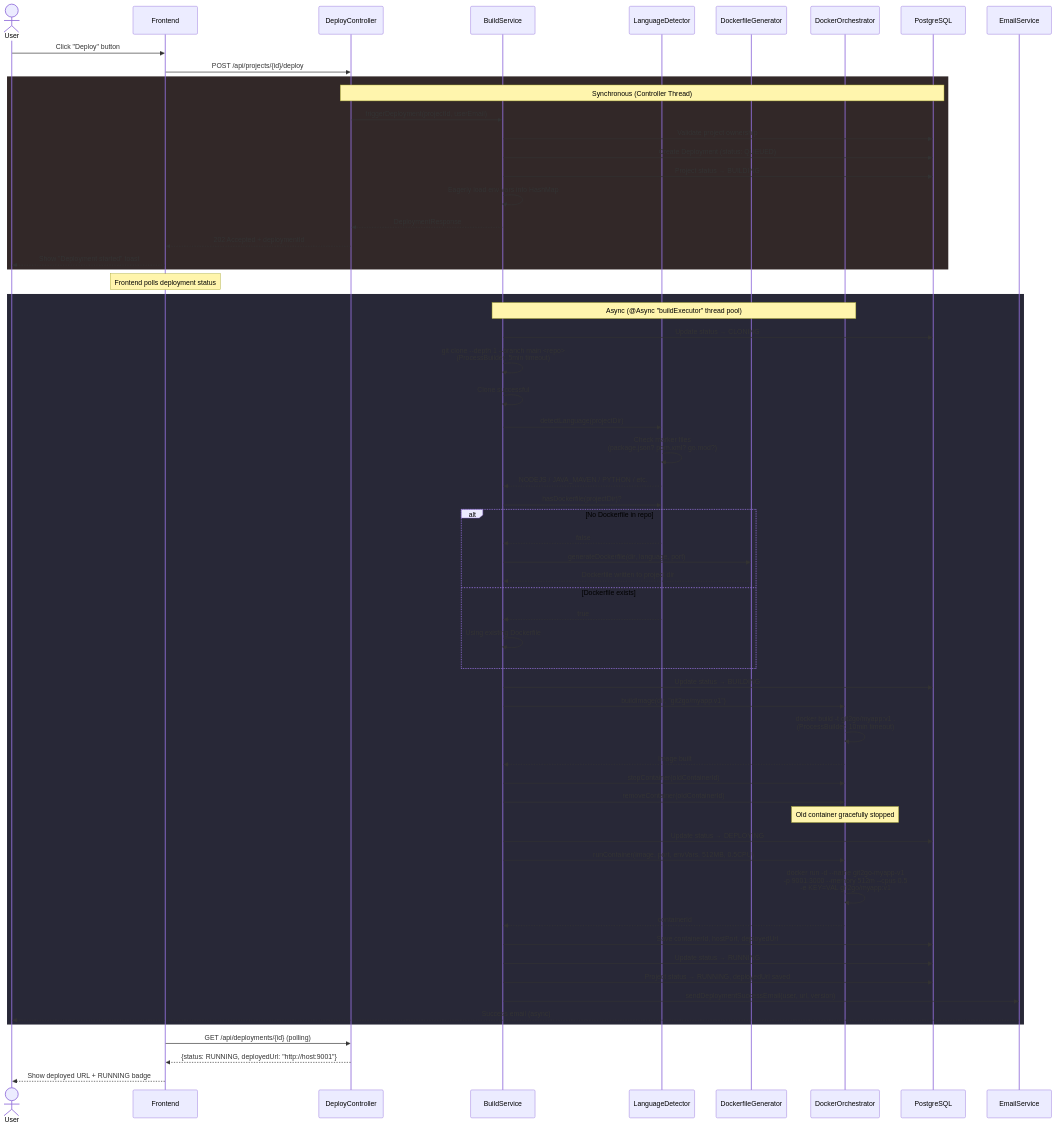
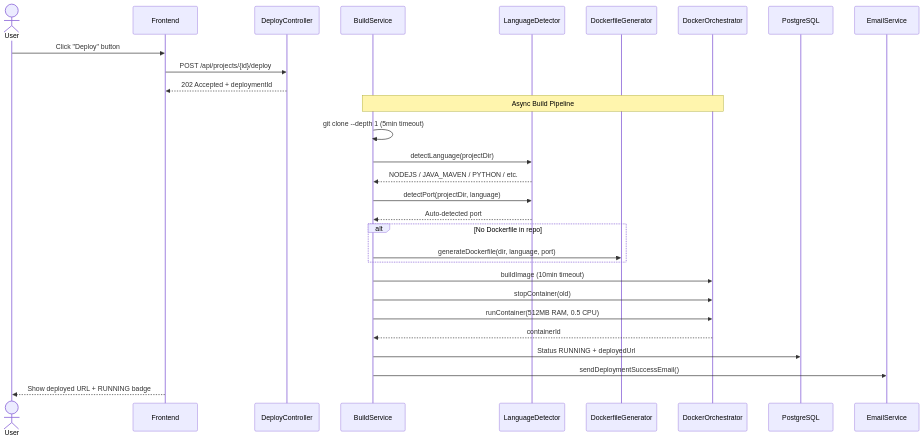
The third of 4 diagrams in README.md (Manish0085/Git-To-Go), drawn with Mermaid before and after one commit. The commit also changed other lines of this file and 5 other files, not shown here.

````diff
--- a/README.md
+++ b/README.md
@@ -167,75 +223,37 @@
 ```mermaid
 sequenceDiagram
     actor User
     participant Frontend
     participant DeployController
     participant BuildService
     participant LangDetector as LanguageDetector
     participant DockerfileGen as DockerfileGenerator
     participant Docker as DockerOrchestrator
     participant DB as PostgreSQL
     participant Email as EmailService
 
     User->>Frontend: Click "Deploy" button
     Frontend->>DeployController: POST /api/projects/{id}/deploy
+    DeployController-->>Frontend: 202 Accepted + deploymentId
 
-    rect rgb(50, 40, 40)
-    Note over DeployController,DB: Synchronous (Controller Thread)
-    DeployController->>BuildService: triggerDeployment(projectId, userEmail)
-    BuildService->>DB: Validate project ownership
-    BuildService->>DB: Create Deployment (status: QUEUED)
-    BuildService->>DB: Project status → BUILDING
-    BuildService->>BuildService: Eagerly load env vars into HashMap
-    BuildService-->>DeployController: DeploymentResponse
-    DeployController-->>Frontend: 202 Accepted + deploymentId
-    Frontend-->>User: Show "Deployment started" toast
+    Note over BuildService,Docker: Async Build Pipeline
+
+    BuildService->>BuildService: git clone --depth 1 (5min timeout)
+    BuildService->>LangDetector: detectLanguage(projectDir)
+    LangDetector-->>BuildService: NODEJS / JAVA_MAVEN / PYTHON / etc.
+    BuildService->>LangDetector: detectPort(projectDir, language)
+    LangDetector-->>BuildService: Auto-detected port
+
+    alt No Dockerfile in repo
+        BuildService->>DockerfileGen: generateDockerfile(dir, language, port)
     end
 
-    Note over Frontend: Frontend polls deployment status
-
-    rect rgb(40, 40, 55)
-    Note over BuildService,Docker: Async (@Async "buildExecutor" thread pool)
-
-    BuildService->>DB: Update status → CLONING
-    BuildService->>BuildService: git clone --depth 1 --branch main <repo><br/>(ProcessBuilder, 5min timeout)
-    BuildService->>BuildService: Clone successful
-
-    BuildService->>LangDetector: detectLanguage(projectDir)
-    LangDetector->>LangDetector: Check marker files<br/>(package.json? pom.xml? go.mod?)
-    LangDetector-->>BuildService: NODEJS / JAVA_MAVEN / PYTHON / etc.
-
-    BuildService->>LangDetector: hasDockerfile(projectDir)?
-    alt No Dockerfile in repo
-        LangDetector-->>BuildService: false
-        BuildService->>DockerfileGen: generateDockerfile(dir, language, port)
-        DockerfileGen-->>BuildService: Dockerfile written to project dir
-    else Dockerfile exists
-        LangDetector-->>BuildService: true
-        BuildService->>BuildService: Using existing Dockerfile
-    end
-
-    BuildService->>DB: Update status → BUILDING
-    BuildService->>Docker: buildImage(dir, "git2go/myapp:v1")
-    Docker->>Docker: docker build -t git2go/myapp:v1 .<br/>(ProcessBuilder, 10min timeout)
-    Docker-->>BuildService: Image built
-
-    BuildService->>Docker: stopContainer(oldContainerId)
-    BuildService->>Docker: removeContainer(oldContainerId)
-    Note over Docker: Old container gracefully stopped
-
-    BuildService->>DB: Update status → DEPLOYING
-    BuildService->>Docker: runContainer(image, port, envVars, 512MB, 0.5CPU)
-    Docker->>Docker: docker run -d --name git2go-myapp-v1<br/>-p 9001:3000 --memory 512m --cpus 0.5<br/>-e KEY=VAL git2go/myapp:v1
+    BuildService->>Docker: buildImage (10min timeout)
+    BuildService->>Docker: stopContainer(old)
+    BuildService->>Docker: runContainer(512MB RAM, 0.5 CPU)
     Docker-->>BuildService: containerId
 
-    BuildService->>DB: Save containerId, hostPort, deployedUrl
-    BuildService->>DB: Update status → RUNNING
-    BuildService->>DB: Project status → RUNNING, deployedUrl saved
-    BuildService->>Email: sendDeploymentSuccessEmail(user, url, version)
-    Email-->>User: Success email (async)
-    end
-
-    Frontend->>DeployController: GET /api/deployments/{id} (polling)
-    DeployController-->>Frontend: {status: RUNNING, deployedUrl: "http://host:9001"}
+    BuildService->>DB: Status RUNNING + deployedUrl
+    BuildService->>Email: sendDeploymentSuccessEmail()
     Frontend-->>User: Show deployed URL + RUNNING badge
 ```
````
